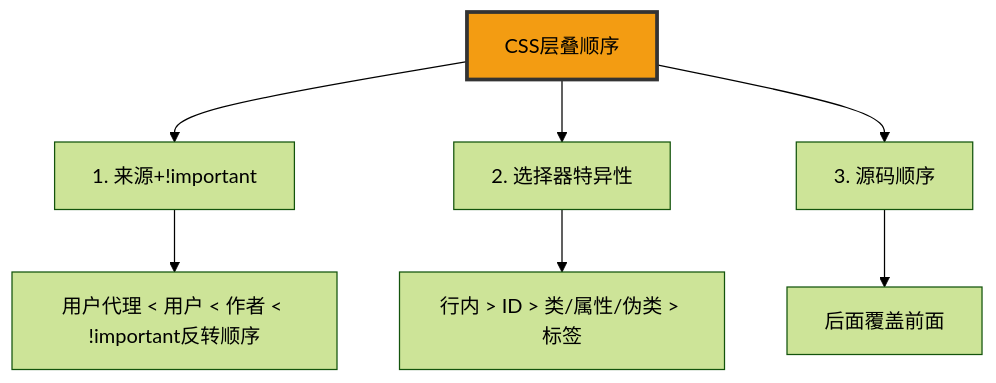
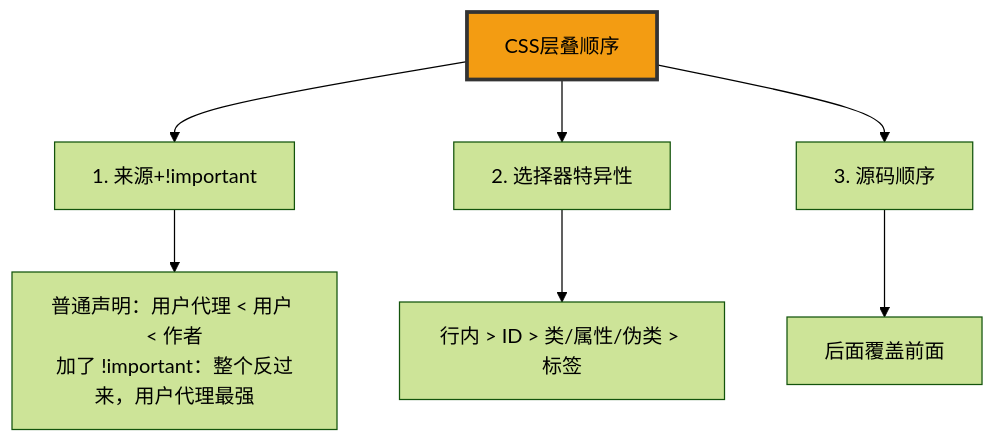
One commit to before80/prgms changed the diagram in content/CSS/basic/Chapter-33-Cascade-and-Inheritance.md. Above: the diagram before and after it, drawn with Mermaid (forest theme). The commit also changed other lines of this file and 1645 other files, not shown here.

````diff
--- a/content/CSS/basic/Chapter-33-Cascade-and-Inheritance.md
+++ b/content/CSS/basic/Chapter-33-Cascade-and-Inheritance.md
@@ -294,12 +397,12 @@
 ```mermaid
 graph TD
     A["CSS层叠顺序"] --> B["1. 来源+!important"]
     A --> C["2. 选择器特异性"]
     A --> D["3. 源码顺序"]
 
-    B --> B1["用户代理 < 用户 < 作者 < !important反转顺序"]
+    B --> B1["普通声明：用户代理 &lt; 用户 &lt; 作者<br/>加了 !important：整个反过来，用户代理最强"]
     C --> C1["行内 > ID > 类/属性/伪类 > 标签"]
     D --> D1["后面覆盖前面"]
 
     style A fill:#f39c12,stroke:#333,stroke-width:3px
 ```
````
